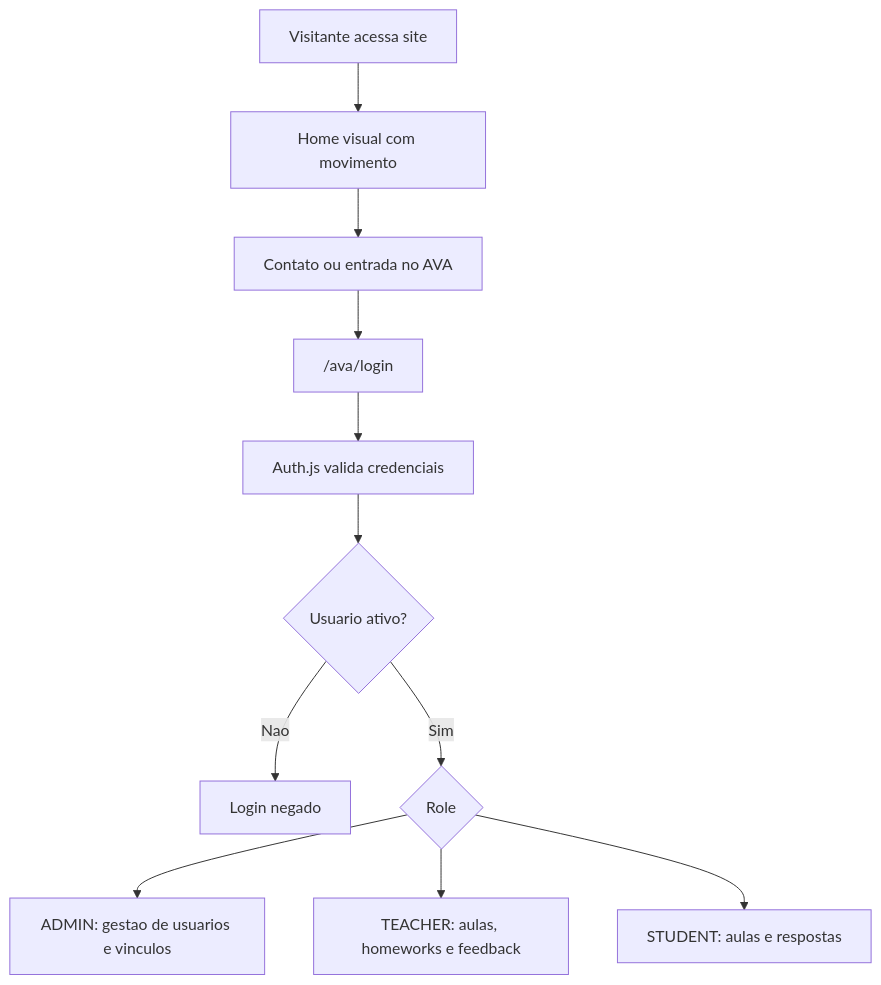
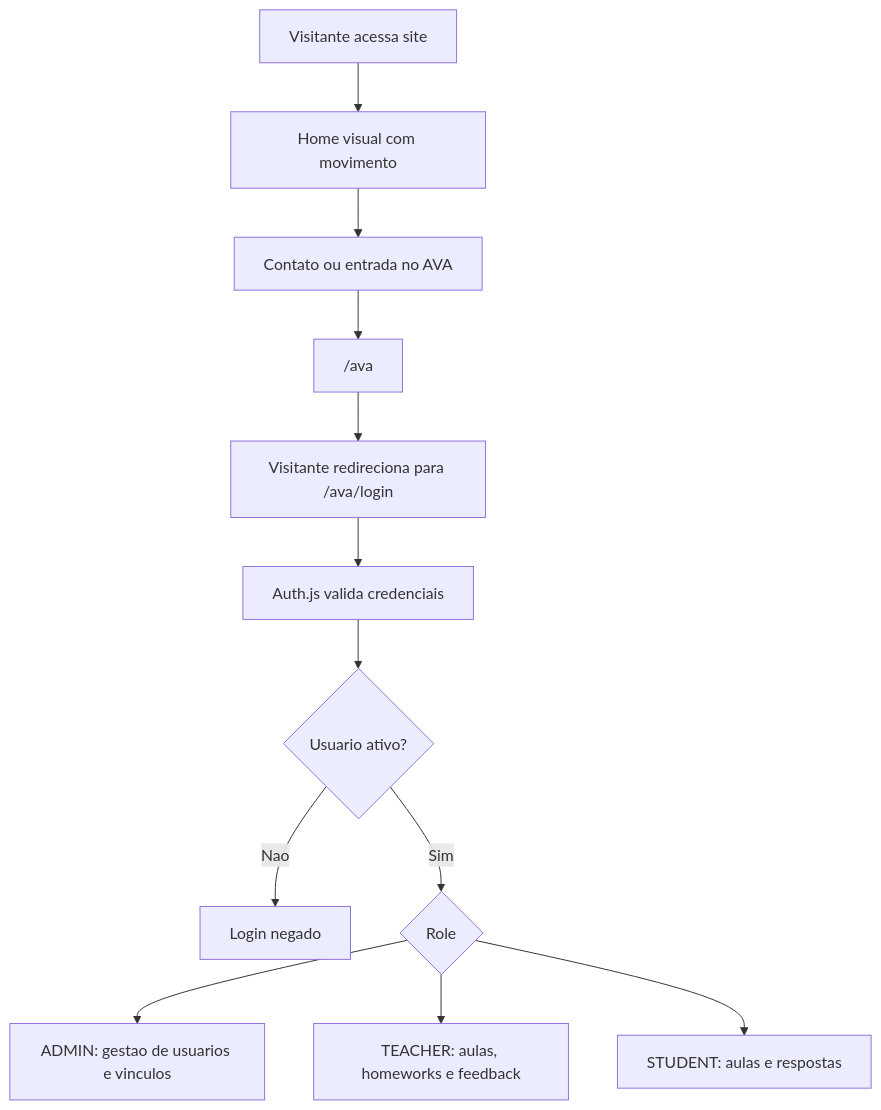
One commit to WilliYY/Candy-English changed the fifth of 11 diagrams in docs/fluxos-ava.md. Above: the diagram before and after it, drawn with Mermaid. The commit also changed other lines of this file and 7 other files, not shown here.

Commit message:
Route AVA directly to login

````diff
--- a/docs/fluxos-ava.md
+++ b/docs/fluxos-ava.md
@@ -89,13 +89,14 @@
 ```mermaid
 flowchart TD
   A["Visitante acessa site"] --> B["Home visual com movimento"]
   B --> C["Contato ou entrada no AVA"]
-  C --> D["/ava/login"]
-  D --> E["Auth.js valida credenciais"]
+  C --> D["/ava"]
+  D --> D1["Visitante redireciona para /ava/login"]
+  D1 --> E["Auth.js valida credenciais"]
   E --> F{"Usuario ativo?"}
   F -->|Nao| G["Login negado"]
   F -->|Sim| H{"Role"}
   H --> I["ADMIN: gestao de usuarios e vinculos"]
   H --> J["TEACHER: aulas, homeworks e feedback"]
   H --> K["STUDENT: aulas e respostas"]
 ```
````
